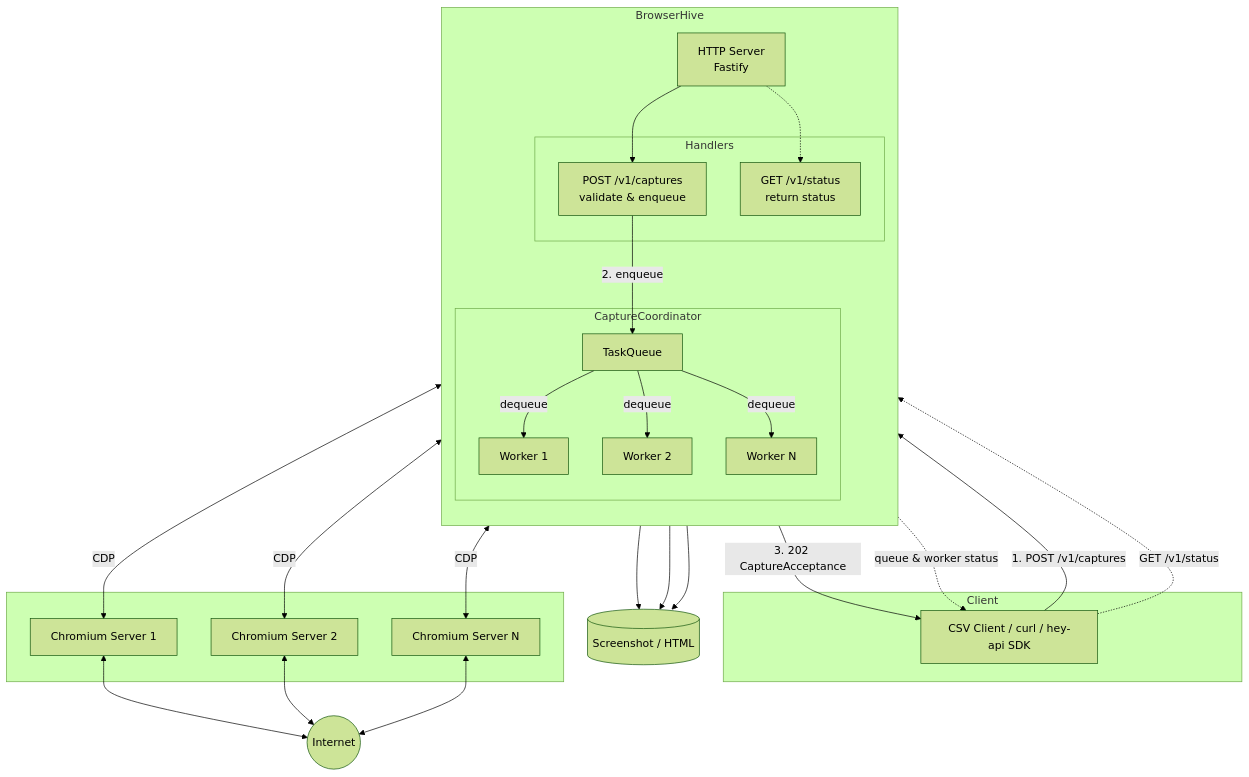
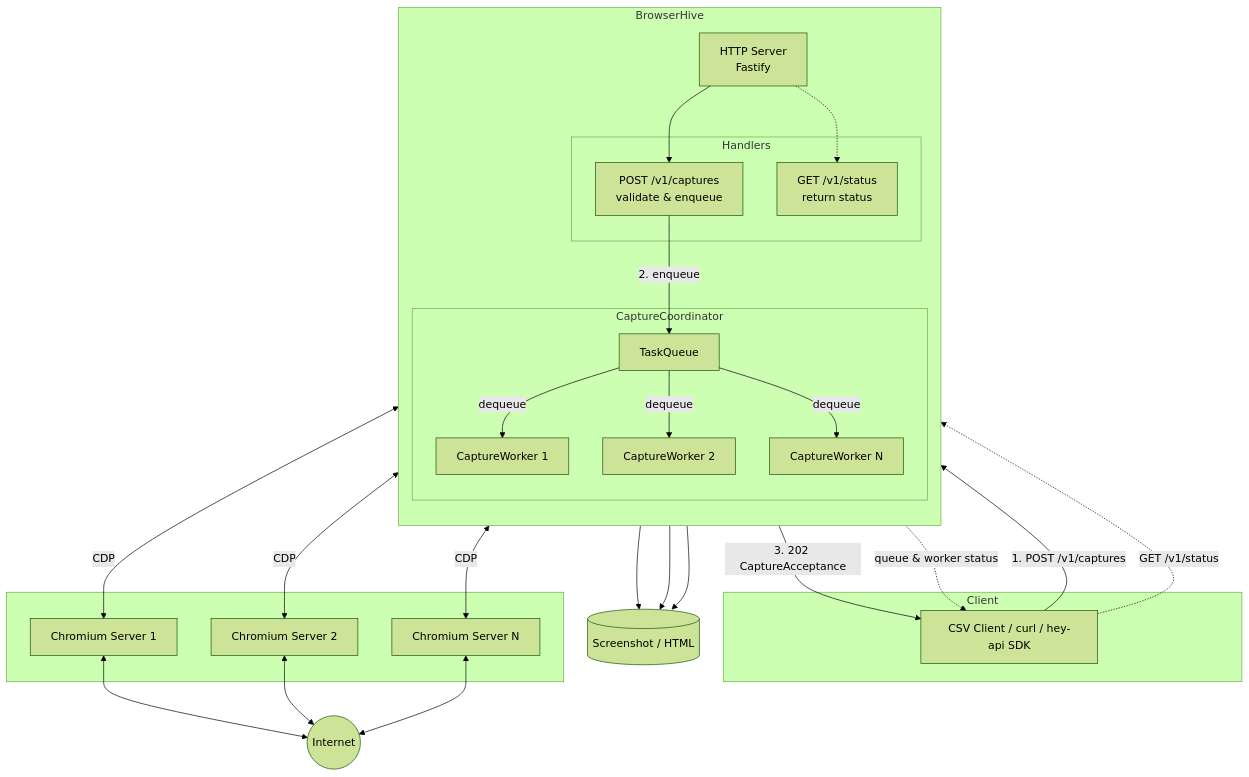
The first of 3 diagrams in README.md (uraitakahito/browserhive), drawn with Mermaid (forest theme) before and after one commit. The commit also changed other lines of this file and 7 other files, not shown here.

First line of the commit message:
refactor: promote WorkerEntry to CaptureWorker class

````diff
--- a/README.md
+++ b/README.md
@@ -14,51 +17,51 @@
 ```mermaid
 flowchart TB
     subgraph Client
         CLI[CSV Client / curl / hey-api SDK]
     end
 
     subgraph BrowserHive["BrowserHive"]
         direction TB
         Server[HTTP Server<br/>Fastify]
         subgraph Handlers["Handlers"]
             SubmitCaptureHandler[POST /v1/captures<br/>validate & enqueue]
             GetStatusHandler[GET /v1/status<br/>return status]
         end
         subgraph CaptureCoordinator
             Queue[TaskQueue]
-            Worker1[Worker 1]
-            Worker2[Worker 2]
-            Worker3[Worker N]
+            Worker1[CaptureWorker 1]
+            Worker2[CaptureWorker 2]
+            Worker3[CaptureWorker N]
         end
     end
 
     subgraph ChromiumServers[" "]
         Browser1[Chromium Server 1]
         Browser2[Chromium Server 2]
         Browser3[Chromium Server N]
     end
 
     Internet((Internet))
 
     Files[(Screenshot / HTML)]
 
     CLI -->|"1. POST /v1/captures"| Server
     Server --> SubmitCaptureHandler
     SubmitCaptureHandler -->|"2. enqueue"| Queue
     SubmitCaptureHandler -->|"3. 202 CaptureAcceptance"| CLI
     CLI -.->|"GET /v1/status"| Server
     Server -.-> GetStatusHandler
     GetStatusHandler -.->|"queue & worker status"| CLI
     Queue -->|dequeue| Worker1
     Queue -->|dequeue| Worker2
     Queue -->|dequeue| Worker3
     Worker1 <-->|CDP| Browser1
     Worker2 <-->|CDP| Browser2
     Worker3 <-->|CDP| Browser3
     Browser1 <--> Internet
     Browser2 <--> Internet
     Browser3 <--> Internet
     Worker1 --> Files
     Worker2 --> Files
     Worker3 --> Files
 ```
````
